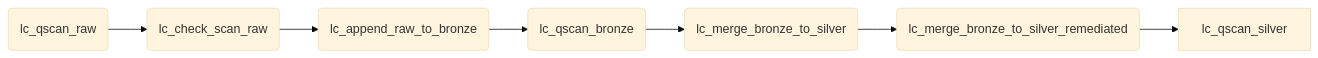
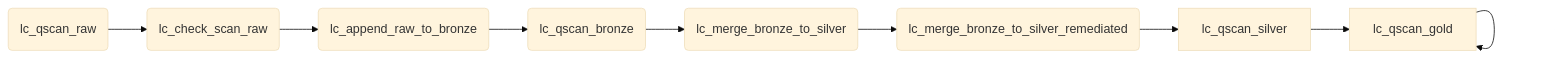
The diagram in airflow-medallion/README.md (pete-qualytics/qualytics-examples), drawn with Mermaid (base theme) before and after one commit. The commit also changed other lines of this file, not shown here.

````diff
--- a/airflow-medallion/README.md
+++ b/airflow-medallion/README.md
@@ -14,4 +16,4 @@
 ```mermaid
 graph LR
-A(lc_qscan_raw) --> B(lc_check_scan_raw) --> C(lc_append_raw_to_bronze) --> D(lc_qscan_bronze) --> E(lc_merge_bronze_to_silver)  --> F(lc_merge_bronze_to_silver_remediated)  --> G[lc_qscan_silver]
+A(lc_qscan_raw) --> B(lc_check_scan_raw) --> C(lc_append_raw_to_bronze) --> D(lc_qscan_bronze) --> E(lc_merge_bronze_to_silver)  --> F(lc_merge_bronze_to_silver_remediated) --> G[lc_qscan_silver] --> H(lc_merge_silver_to_gold)  --> H[lc_qscan_gold]
 ```
````
